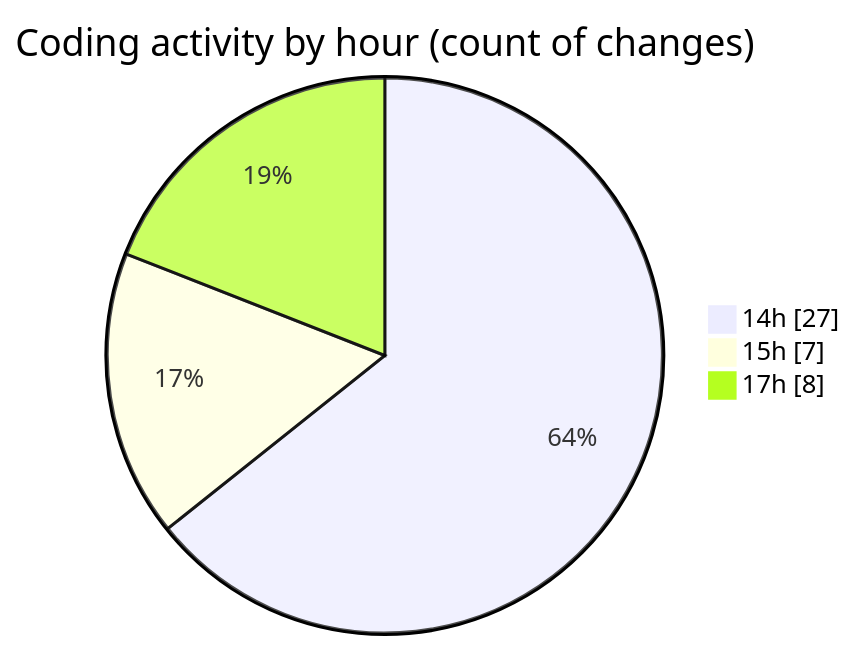
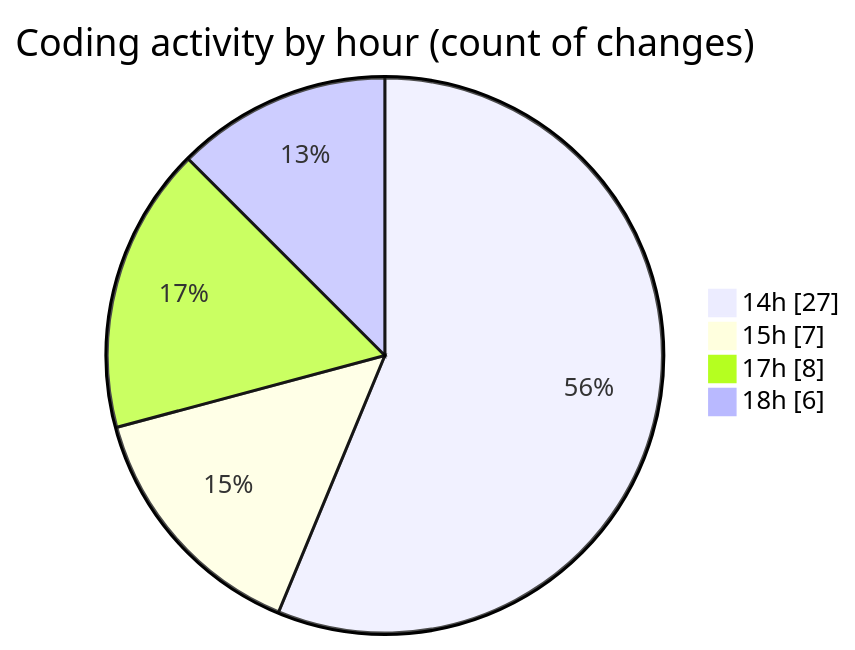
The second of 2 diagrams in 2026-03-23/cda/README.md (momahboobian/code-tracking), drawn with Mermaid before and after one commit. The commit also changed other lines of this file and 1 other file, not shown here.

````diff
--- a/2026-03-23/cda/README.md
+++ b/2026-03-23/cda/README.md
@@ -40,7 +41,8 @@
 ```mermaid
 pie showData
 title Coding activity by hour (count of changes)
 "14h" : 27
 "15h" : 7
 "17h" : 8
+"18h" : 6
 ```
````
